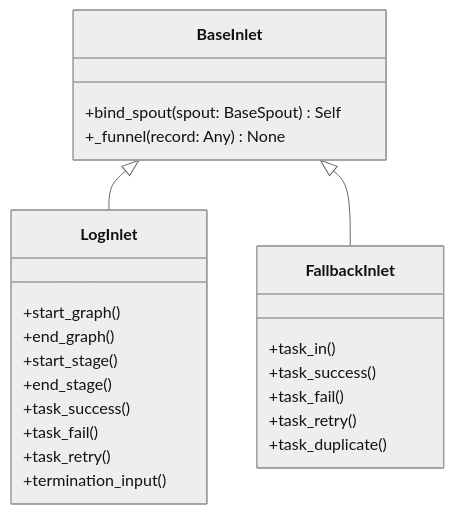
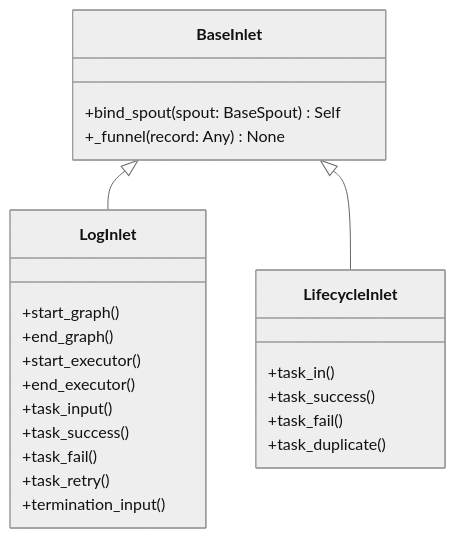
One commit to Mr-xiaotian/CelestialFlow changed the diagram in docs/en/src/funnel/core_inlet.md. Above: the diagram before and after it, drawn with Mermaid (neutral theme). The commit also changed other lines of this file and 233 other files, not shown here.

````diff
--- a/docs/en/src/funnel/core_inlet.md
+++ b/docs/en/src/funnel/core_inlet.md
@@ -67,26 +67,26 @@
 ```mermaid
 classDiagram
     class BaseInlet {
         +bind_spout(spout: BaseSpout) Self
         +_funnel(record: Any) None
     }
     class LogInlet {
         +start_graph()
         +end_graph()
-        +start_stage()
-        +end_stage()
+        +start_executor()
+        +end_executor()
+        +task_input()
         +task_success()
         +task_fail()
         +task_retry()
         +termination_input()
     }
-    class FallbackInlet {
+    class LifecycleInlet {
         +task_in()
         +task_success()
         +task_fail()
-        +task_retry()
         +task_duplicate()
     }
     BaseInlet <|-- LogInlet
-    BaseInlet <|-- FallbackInlet
+    BaseInlet <|-- LifecycleInlet
 ```
````
